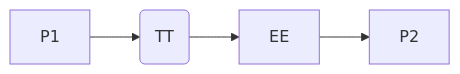
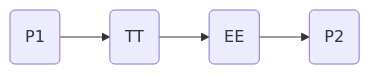
One commit to danielvartan/resiclima-pres changed the second of 4 diagrams in index.qmd. Above: the diagram before and after it, drawn with Mermaid. The commit also changed other lines of this file and 5 other files, not shown here.

Commit message:
Add Mermaid applications

````diff
--- a/index.qmd
+++ b/index.qmd
@@ -1221,8 +1249,8 @@
 ```{mermaid}
 %%| fig-width: 6.5
 
 flowchart LR
-  A[P1] --> B(TT)
-  B --> C[EE]
-  C --> D[P2]
+  A(P1) --> B(TT)
+  B --> C(EE)
+  C --> D(P2)
 ```
````
